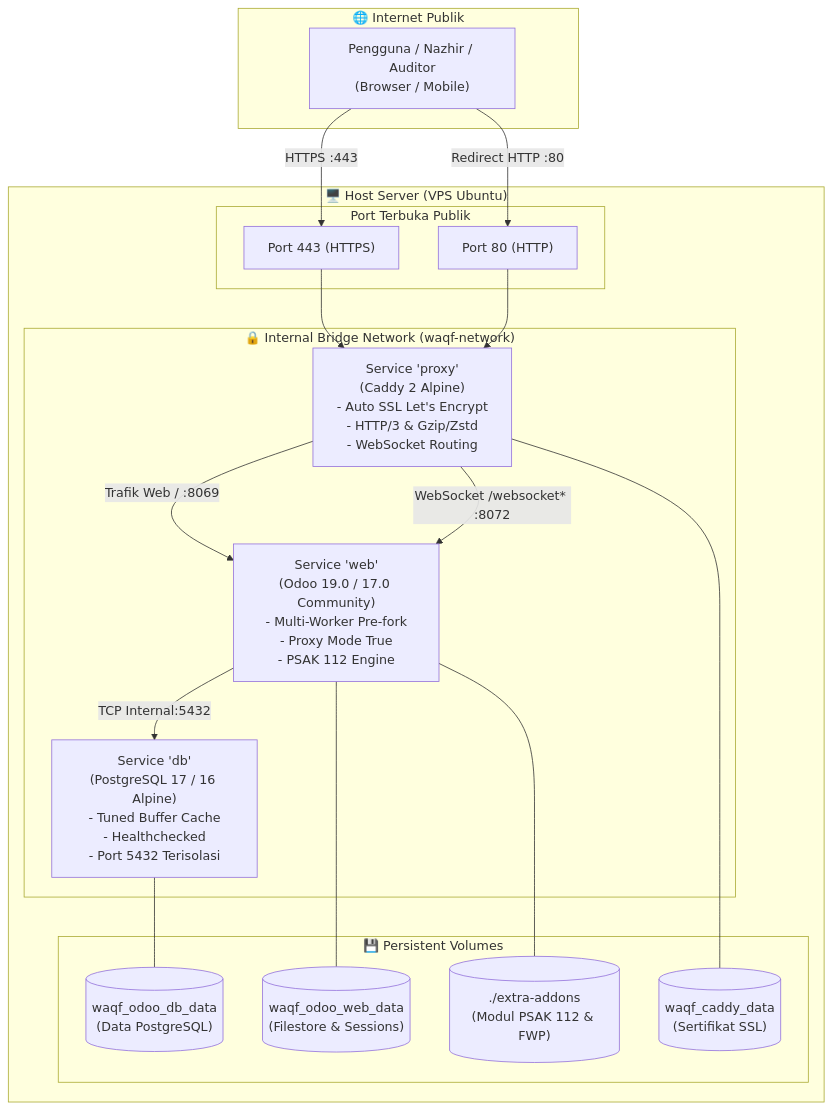
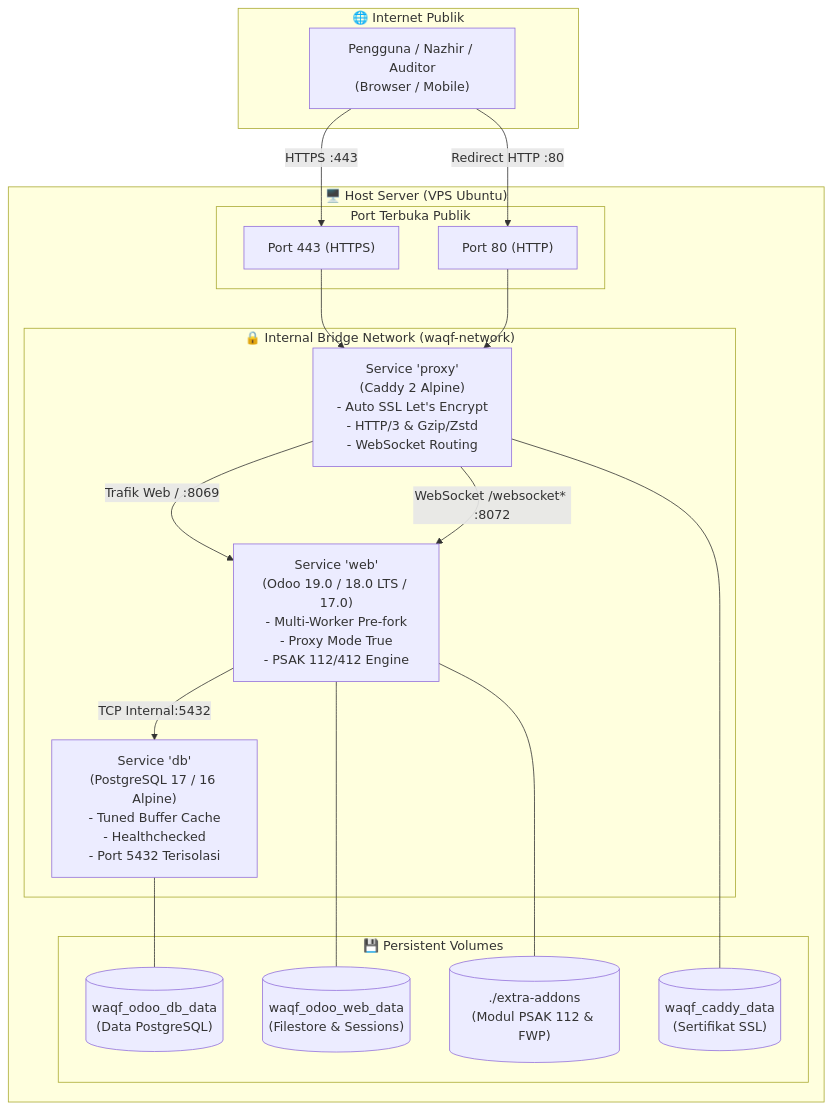
Before and after one commit to ridloabelian/waqf-odoo-docker: the diagram in README.md, drawn with Mermaid. The commit also changed other lines of this file and 1 other file, not shown here.

Commit message:
docs: explicitly support Odoo 18.0 LTS alongside 19.0 and 17.0

````diff
--- a/README.md
+++ b/README.md
@@ -50,38 +50,38 @@
 ```mermaid
 flowchart TD
     subgraph Internet ["🌐 Internet Publik"]
         User["Pengguna / Nazhir / Auditor\n(Browser / Mobile)"]
     end
 
     subgraph Host ["🖥️ Host Server (VPS Ubuntu)"]
         subgraph Ports ["Port Terbuka Publik"]
             P80["Port 80 (HTTP)"]
             P443["Port 443 (HTTPS)"]
         end
 
         subgraph DockerNet ["🔒 Internal Bridge Network (waqf-network)"]
             Proxy["Service 'proxy'\n(Caddy 2 Alpine)\n- Auto SSL Let's Encrypt\n- HTTP/3 & Gzip/Zstd\n- WebSocket Routing"]
-            Web["Service 'web'\n(Odoo 19.0 / 17.0 Community)\n- Multi-Worker Pre-fork\n- Proxy Mode True\n- PSAK 112 Engine"]
+            Web["Service 'web'\n(Odoo 19.0 / 18.0 LTS / 17.0)\n- Multi-Worker Pre-fork\n- Proxy Mode True\n- PSAK 112/412 Engine"]
             DB["Service 'db'\n(PostgreSQL 17 / 16 Alpine)\n- Tuned Buffer Cache\n- Healthchecked\n- Port 5432 Terisolasi"]
             
             Proxy -->|Trafik Web / :8069| Web
             Proxy -->|WebSocket /websocket* :8072| Web
             Web -->|TCP Internal:5432| DB
         end
 
         subgraph Storage ["💾 Persistent Volumes"]
             VolWeb[("waqf_odoo_web_data\n(Filestore & Sessions)")]
             VolDB[("waqf_odoo_db_data\n(Data PostgreSQL)")]
             VolTLS[("waqf_caddy_data\n(Sertifikat SSL)")]
             Addons[("./extra-addons\n(Modul PSAK 112 & FWP)")]
         end
 
         Web --- VolWeb
         DB --- VolDB
         Proxy --- VolTLS
         Web --- Addons
     end
 
     User -->|HTTPS :443| P443 --> Proxy
     User -->|Redirect HTTP :80| P80 --> Proxy
 ```
````
